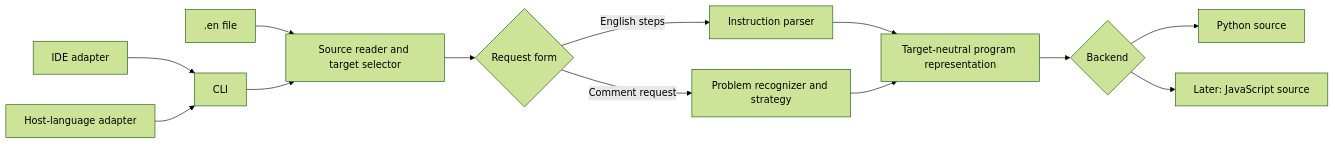
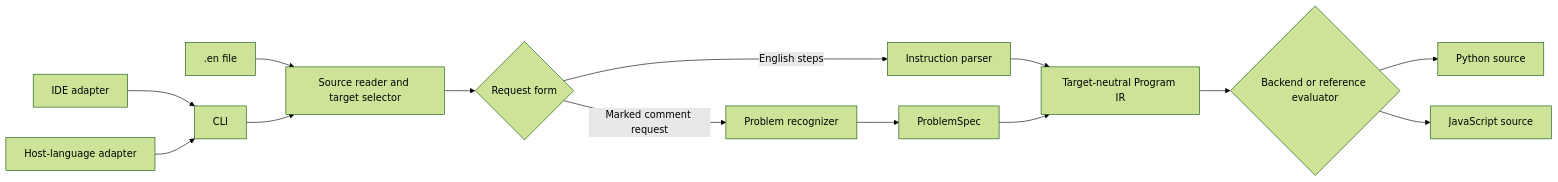
One commit to anaslari23/en-language changed the diagram in docs/superpowers/plans/2026-10-20-en-architecture-roadmap.md. Above: the diagram before and after it, drawn with Mermaid (forest theme). The commit also changed other lines of this file and 3 other files, not shown here.

Commit message:
docs: revise architecture after review

````diff
--- a/docs/superpowers/plans/2026-10-20-en-architecture-roadmap.md
+++ b/docs/superpowers/plans/2026-10-20-en-architecture-roadmap.md
@@ -15,15 +15,16 @@
 ```mermaid
 flowchart LR
     A[.en file] --> B[Source reader and target selector]
     B --> C{Request form}
     C -->|English steps| D[Instruction parser]
-    C -->|Comment request| E[Problem recognizer and strategy]
-    D --> F[Target-neutral program representation]
-    E --> F
-    F --> G{Backend}
-    G --> H[Python source]
-    G --> I[Later: JavaScript source]
-    J[CLI] --> B
-    K[IDE adapter] --> J
-    L[Host-language adapter] --> J
+    C -->|Marked comment request| E[Problem recognizer]
+    D --> F[Target-neutral Program IR]
+    E --> G[ProblemSpec]
+    G --> F
+    F --> H{Backend or reference evaluator}
+    H --> I[Python source]
+    H --> J[JavaScript source]
+    K[CLI] --> B
+    L[IDE adapter] --> K
+    M[Host-language adapter] --> K
 ```
````
